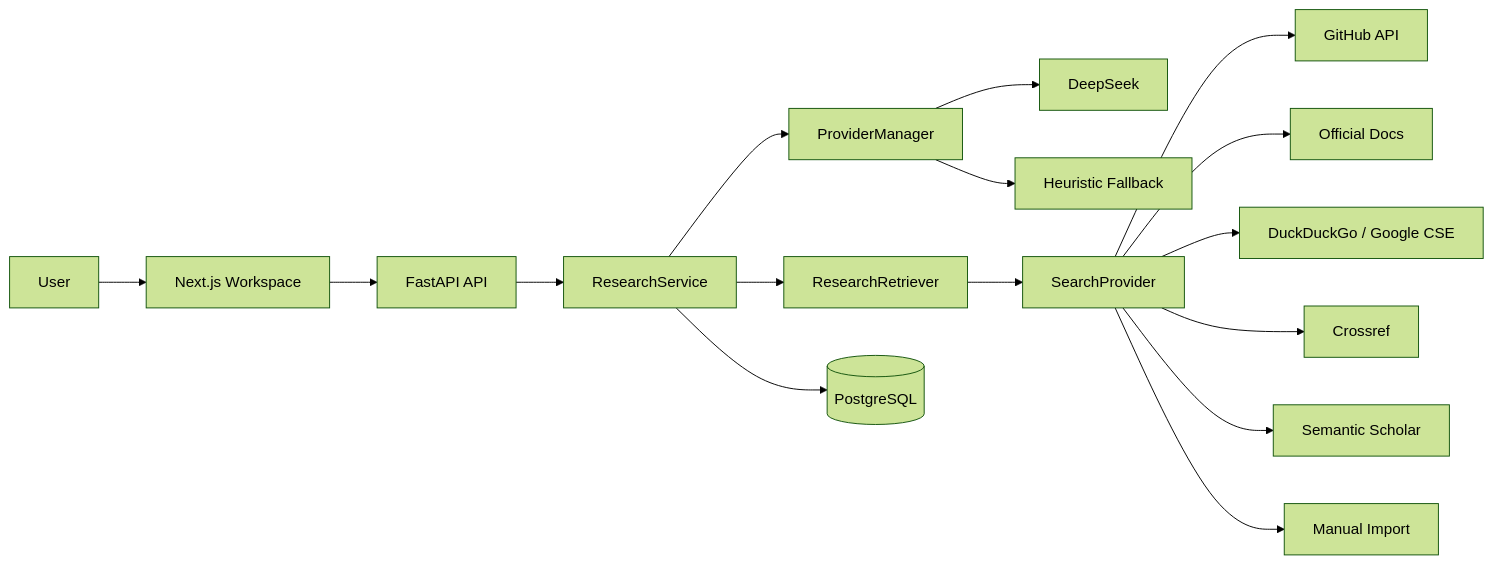
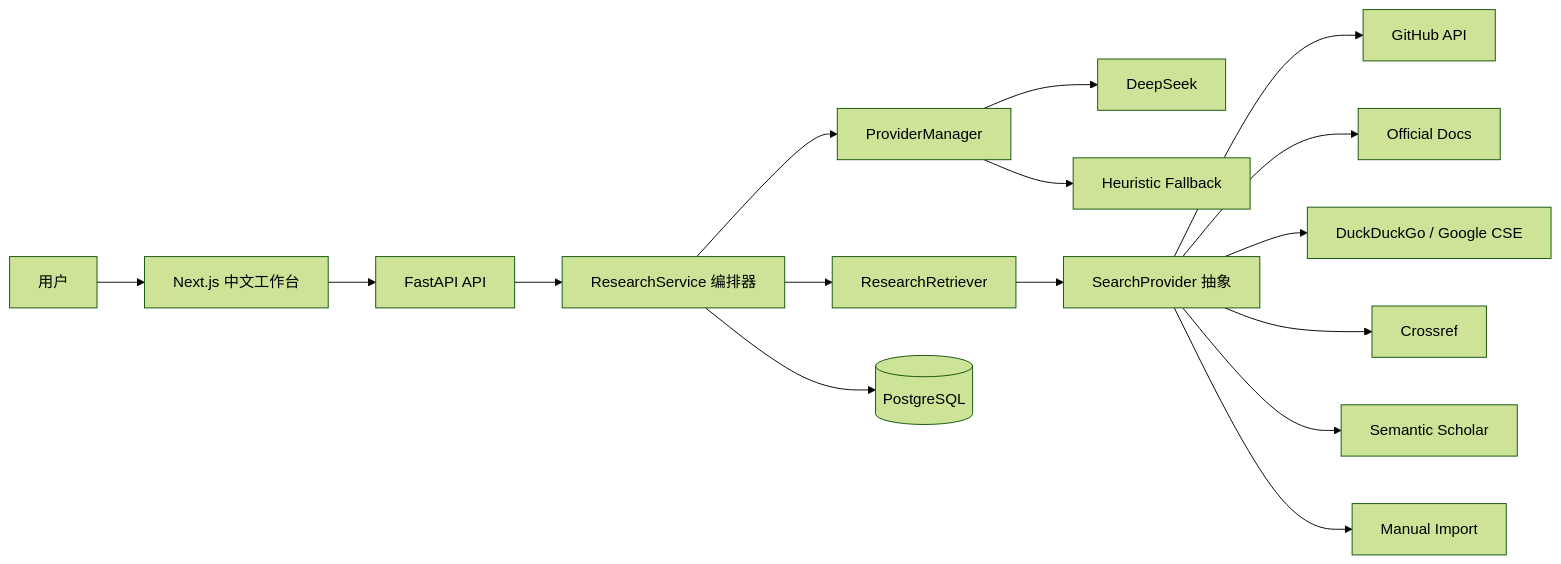
One commit to riveeji/SignalDesk-deep-searching changed the first of 2 diagrams in README.md. Above: the diagram before and after it, drawn with Mermaid (forest theme). The commit also changed other lines of this file and 4 other files, not shown here.

````diff
--- a/README.md
+++ b/README.md
@@ -32,20 +37,20 @@
 ```mermaid
 flowchart LR
-    U[User] --> FE[Next.js Workspace]
+    U[用户] --> FE[Next.js 中文工作台]
     FE --> API[FastAPI API]
-    API --> SVC[ResearchService]
+    API --> SVC[ResearchService 编排器]
     SVC --> PM[ProviderManager]
     SVC --> RET[ResearchRetriever]
     SVC --> PG[(PostgreSQL)]
 
     PM --> DS[DeepSeek]
     PM --> HF[Heuristic Fallback]
 
-    RET --> SP[SearchProvider]
+    RET --> SP[SearchProvider 抽象]
     SP --> GH[GitHub API]
     SP --> DOC[Official Docs]
     SP --> WEB[DuckDuckGo / Google CSE]
     SP --> CR[Crossref]
     SP --> SS[Semantic Scholar]
     SP --> MANUAL[Manual Import]
 ```
````
